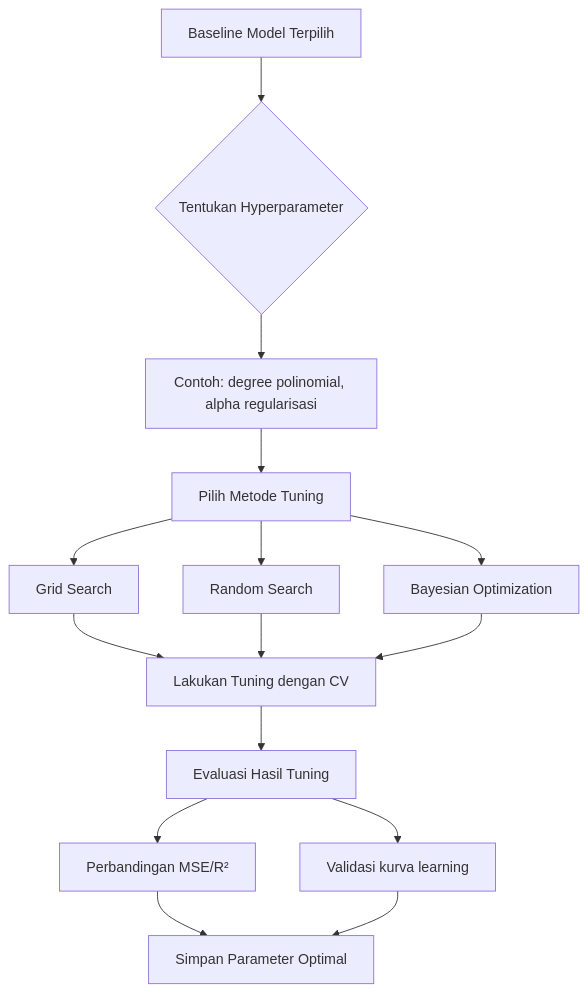
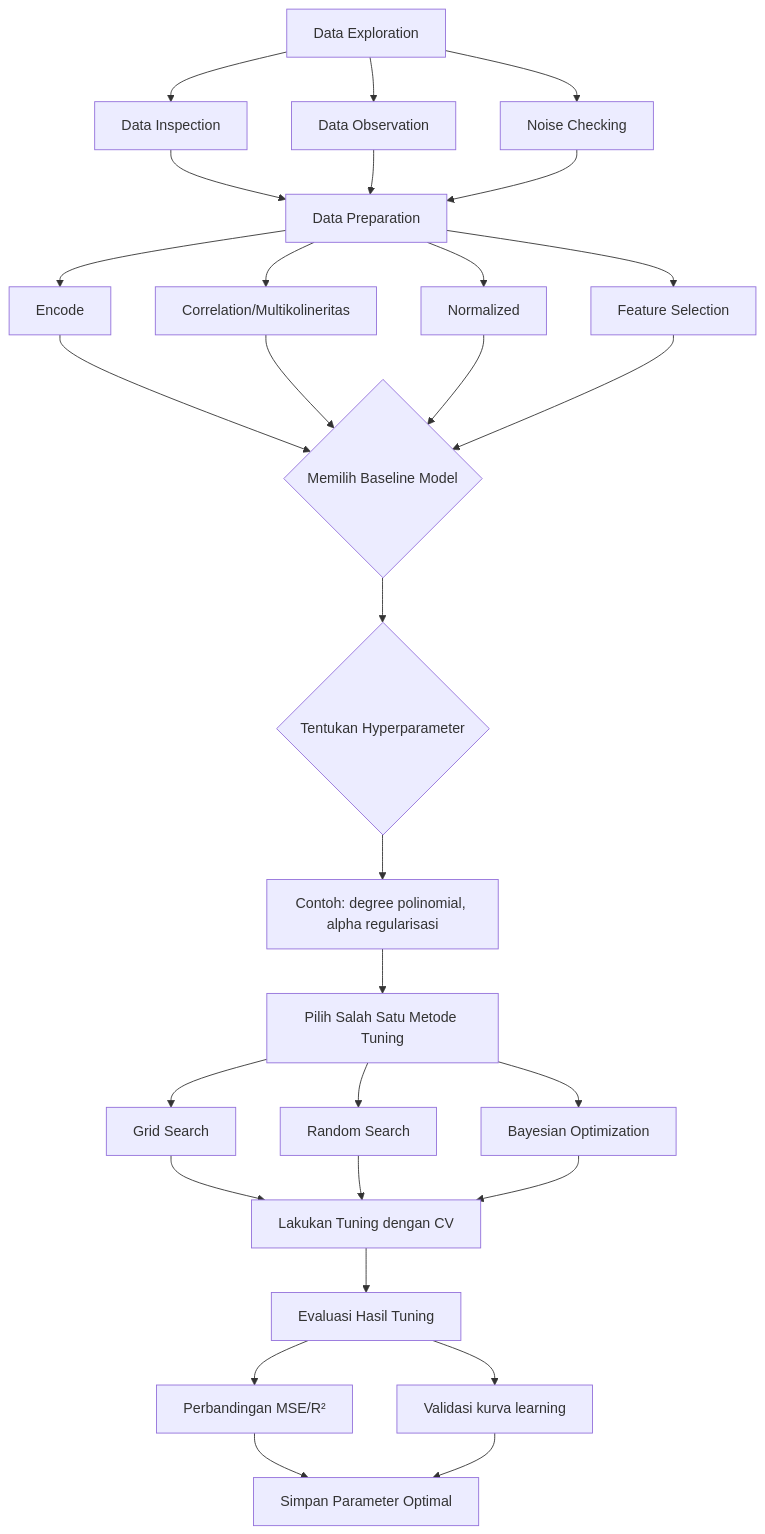
Before and after one commit to AkbarArsanata/Analisis-Freelancer: the third of 4 diagrams in README.md, drawn with Mermaid. The commit also changed other lines of this file, not shown here.

````diff
--- a/README.md
+++ b/README.md
@@ -152,21 +169,39 @@
 ```mermaid
 graph TB
-    A[Baseline Model Terpilih] --> B{Tentukan Hyperparameter}
-    B --> B1[Contoh: degree polinomial, alpha regularisasi]
+
+   A[Data Exploration] --> A1[Data Inspection]
+    A --> A2[Data Observation]
+    A --> A3[Noise Checking]
+    A1 --> B[Data Preparation]
+    A2 --> B
+    A3 --> B
+
+    B --> C1[Encode]
+    B --> C2[Correlation/Multikolineritas]
+    B --> C3[Normalized]
+    B --> C4[Feature Selection]
     
-    B1 --> C[Pilih Metode Tuning]
-    C --> C1[Grid Search]
-    C --> C2[Random Search]
-    C --> C3[Bayesian Optimization]
-    
-    C1 --> D[Lakukan Tuning dengan CV]
+    C1 --> D{Memilih Baseline Model}
     C2 --> D
     C3 --> D
+    C4 --> D
+
+    D --> E{Tentukan Hyperparameter}
+    E --> E1[Contoh: degree polinomial, alpha regularisasi]
     
-    D --> E[Evaluasi Hasil Tuning]
-    E --> E1[Perbandingan MSE/R²]
-    E --> E2[Validasi kurva learning]
+    E1 --> F[Pilih Salah Satu Metode Tuning]
+    F --> F1[Grid Search]
+    F --> F2[Random Search]
+    F --> F3[Bayesian Optimization]
     
-    E1 --> F[Simpan Parameter Optimal]
-    E2 --> F
+    F1 --> G[Lakukan Tuning dengan CV]
+    F2 --> G
+    F3 --> G
+    
+    G --> H[Evaluasi Hasil Tuning]
+    H --> H1[Perbandingan MSE/R²]
+    H --> H2[Validasi kurva learning]
+    
+    H1 --> I[Simpan Parameter Optimal]
+    H2 --> I
 ```
````
